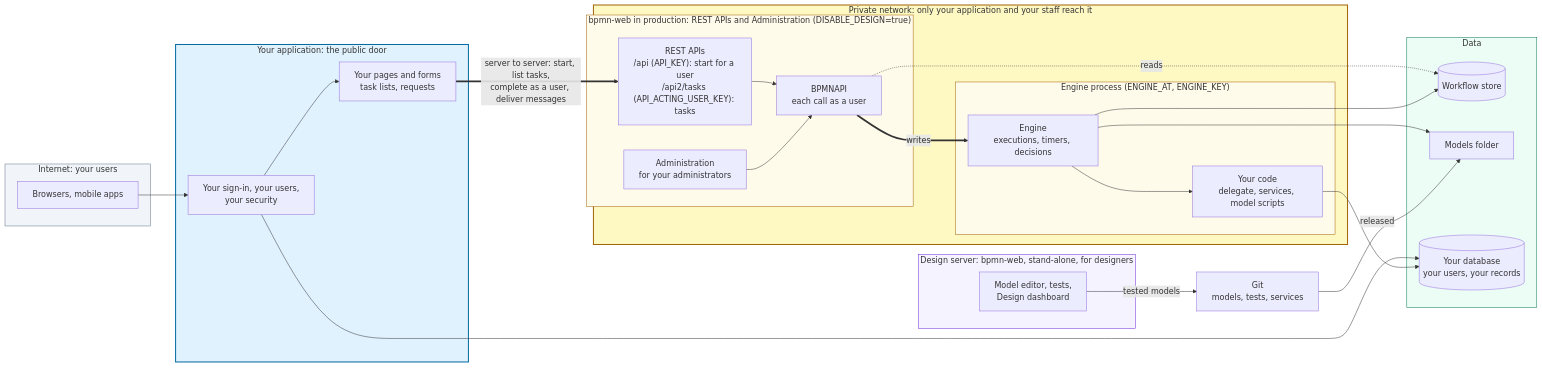
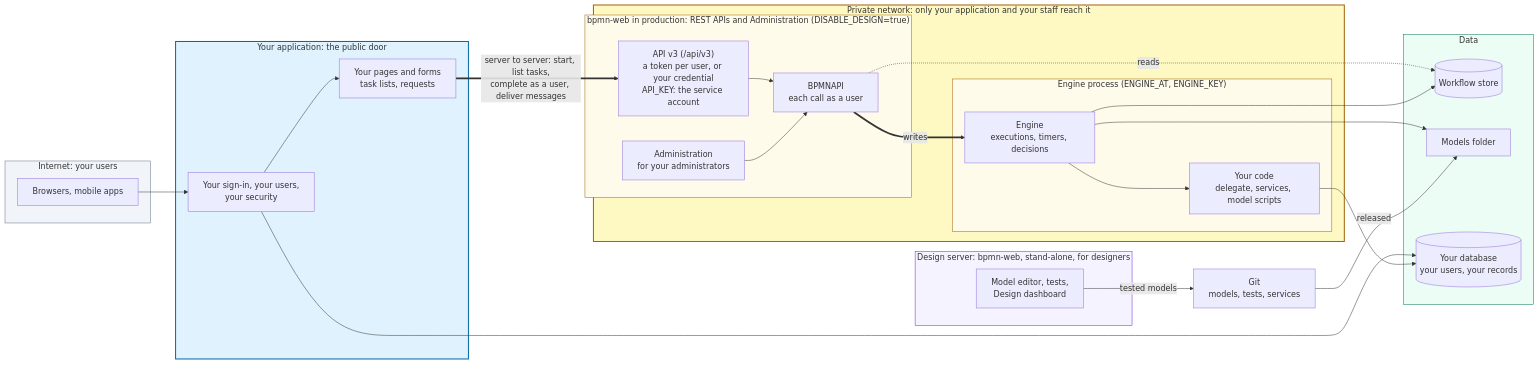
The second of 4 diagrams in docs/docs/architecture.md (bpmnServer/bpmn-server), drawn with Mermaid before and after one commit. The commit also changed other lines of this file and 8 other files, not shown here.

First line of the commit message:
Docs: OmniWorkflow as one word; architecture recommends API v3; Finding instances rewritten

````diff
--- a/docs/docs/architecture.md
+++ b/docs/docs/architecture.md
@@ -265,63 +265,63 @@
 ```mermaid
 flowchart LR
   subgraph Internet["Internet: your users"]
     People["Browsers, mobile apps"]
   end
 
   subgraph AppZone["Your application: the public door"]
     AppGuard["Your sign-in, your users,<br/>your security"]
     AppPages["Your pages and forms<br/>task lists, requests"]
     AppGuard --> AppPages
   end
 
   subgraph Private["Private network: only your application and your staff reach it"]
     subgraph HostZone["bpmn-web in production: REST APIs and Administration (DISABLE_DESIGN=true)"]
-      REST["REST APIs<br/>/api (API_KEY): start for a user<br/>/api2/tasks (API_ACTING_USER_KEY): tasks"]
+      REST["API v3 (/api/v3)<br/>a token per user, or your credential<br/>API_KEY: the service account"]
       Admin["Administration<br/>for your administrators"]
       API["BPMNAPI<br/>each call as a user"]
       REST --> API
       Admin --> API
     end
     subgraph EngineZone["Engine process (ENGINE_AT, ENGINE_KEY)"]
       Engine["Engine<br/>executions, timers, decisions"]
       Code["Your code<br/>delegate, services, model scripts"]
       Engine --> Code
     end
   end
 
   subgraph DesignZone["Design server: bpmn-web, stand-alone, for designers"]
     Editor["Model editor, tests,<br/>Design dashboard"]
   end
 
   subgraph DataZone["Data"]
     Store[("Workflow store")]
     Models["Models folder"]
     AppDb[("Your database<br/>your users, your records")]
   end
 
   Git["Git<br/>models, tests, services"]
 
   People --> AppGuard
   AppPages == "server to server: start, list tasks,<br/>complete as a user, deliver messages" ==> REST
   AppGuard --> AppDb
   API == "writes" ==> Engine
   API -. "reads" .-> Store
   Engine --> Store
   Engine --> Models
   Code --> AppDb
   Editor -- "tested models" --> Git
   Git -- "released" --> Models
 
   classDef outside fill:#f1f5f9,stroke:#64748b,stroke-width:1px
   classDef data fill:#ecfdf5,stroke:#047857,stroke-width:1px
   classDef private fill:#fef9c3,stroke:#a16207,stroke-width:2px
   classDef public fill:#e0f2fe,stroke:#0369a1,stroke-width:2px
   classDef inner fill:#fffbeb,stroke:#a16207,stroke-width:1px
   classDef design fill:#f5f3ff,stroke:#6d28d9,stroke-width:1px
   class Internet outside
   class AppZone public
   class Private private
   class HostZone,EngineZone inner
   class DataZone data
   class DesignZone design
 ```
````
